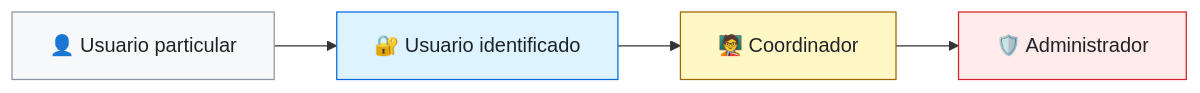
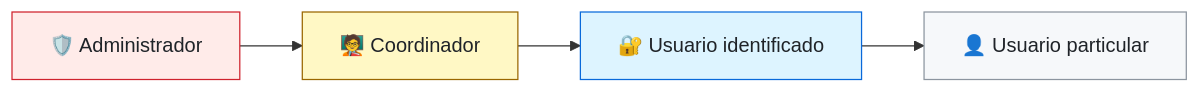
Before and after one commit to AngelPrz8a/BioRed_Roles_y_Permisos: the diagram in README.md, drawn with Mermaid.

Commit message:
Revise user role flowchart in README
Updated flowchart in README to improve clarity.

````diff
--- a/README.md
+++ b/README.md
@@ -26,11 +26,14 @@
 ```mermaid
 flowchart LR
-    UP["👤 Usuario particular"] --> UI["🔐 Usuario identificado"]
-    UI --> CO["🧑‍🏫 Coordinador"]
-    CO --> AD["🛡️ Administrador"]
+    UP["👤 Usuario particular"] 
+    UI["🔐 Usuario identificado"]
+    CO["🧑‍🏫 Coordinador"]
+    AD["🛡️ Administrador"]
+
+	AD-->CO-->UI-->UP
 
     style UP fill:#f6f8fa,stroke:#8c959f,color:#1f2328
     style UI fill:#ddf4ff,stroke:#0969da,color:#1f2328
     style CO fill:#fff8c5,stroke:#9a6700,color:#1f2328
     style AD fill:#ffebe9,stroke:#cf222e,color:#1f2328
 ```
````
